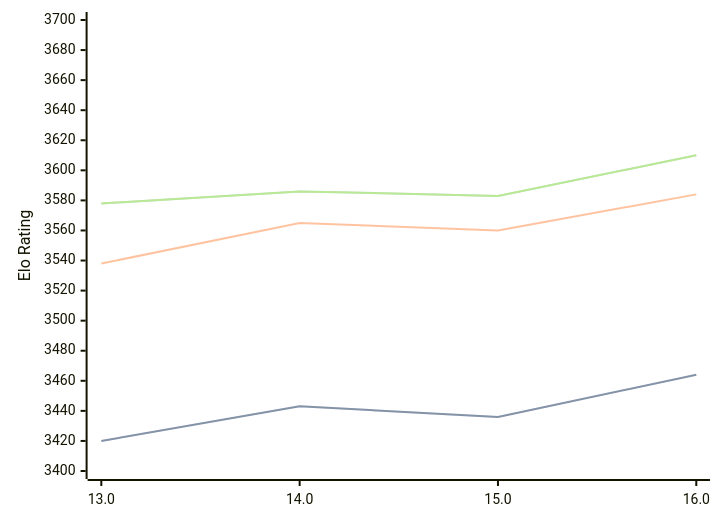
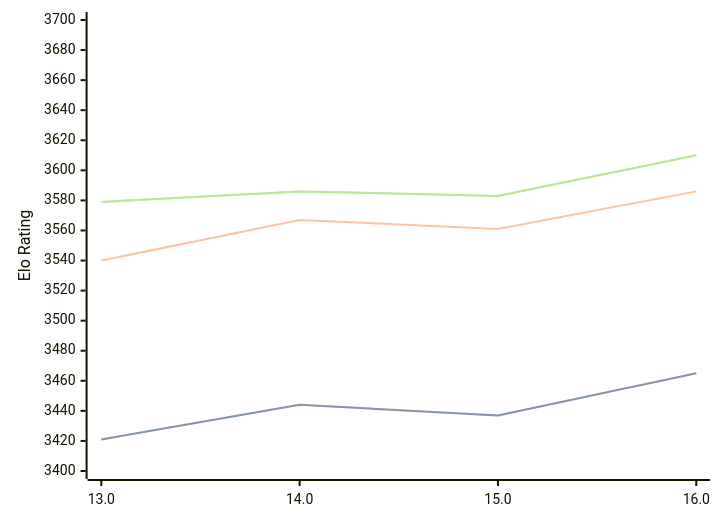
Before and after one commit to computer-chess-index/cci: the diagram in engines/Obsidian.md, drawn with Mermaid. The commit also changed other lines of this file, not shown here.

Commit message:
Update CCI Ratings (ELO VLTC) - 2026-04-13

````diff
--- a/engines/Obsidian.md
+++ b/engines/Obsidian.md
@@ -43,11 +43,11 @@
 ```mermaid
 %%{init: {"theme":"base","themeVariables":{"seriesColors:['#a3a3a3','#222221','#faa371']}}}%%
 xychart-beta
   x-axis ["13.0", "14.0", "15.0", "16.0"]
   y-axis "Elo Rating" 3400 --> 3700
-  line "STC (8.0+0.08s)" [3420, 3443, 3436, 3464]
-  line "STC (8.0+0.08s)" [3420, 3443, 3436, 3464]
-  line "LTC (60.0+0.60s)" [3538, 3565, 3560, 3584]
-  line "VLTC (2m24s+1.12s)" [3578, 3586, 3583, 3610]
-  line "VLTC (2m24s+1.12s)" [3578, 3586, 3583, 3610]
+  line "STC (8.0+0.08s)" [3421, 3444, 3437, 3465]
+  line "STC (8.0+0.08s)" [3421, 3444, 3437, 3465]
+  line "LTC (60.0+0.60s)" [3540, 3567, 3561, 3586]
+  line "VLTC (2m24s+1.12s)" [3579, 3586, 3583, 3610]
+  line "VLTC (2m24s+1.12s)" [3579, 3586, 3583, 3610]
 ```
````
